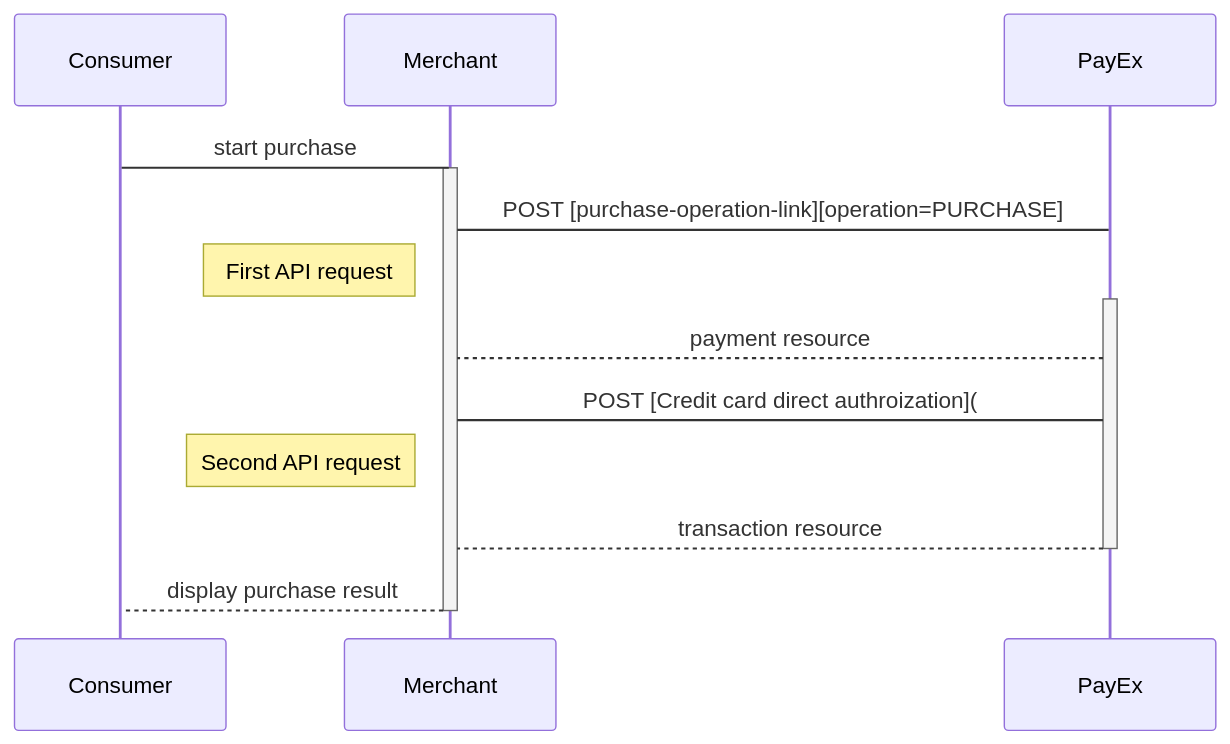
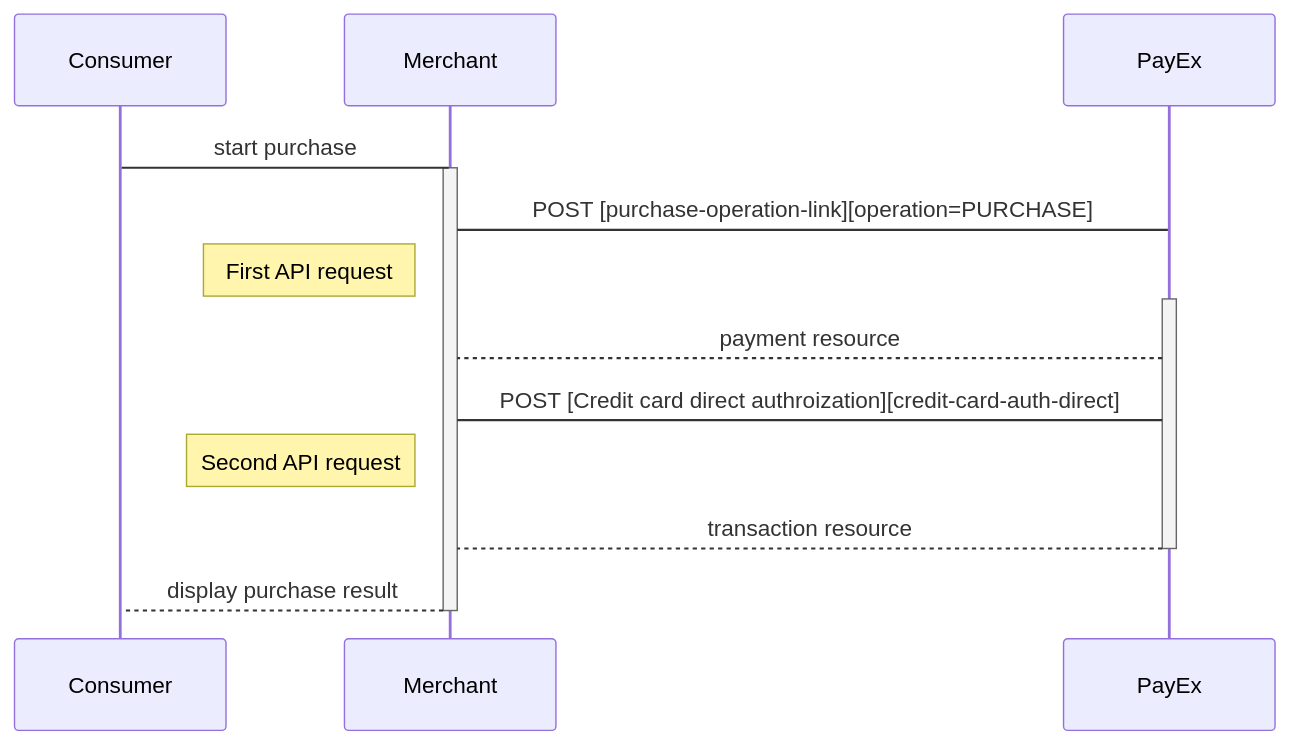
The fifth of 7 diagrams in payments/credit-card/index.md (SwedbankPay/developer.swedbankpay.com), drawn with Mermaid before and after one commit. The commit also changed other lines of this file and 6 other files, not shown here.

Commit message:
dx-119 updated links and diagrams in invoice file

````diff
--- a/payments/credit-card/index.md
+++ b/payments/credit-card/index.md
@@ -347,17 +347,17 @@
 ```mermaid
 sequenceDiagram
   Consumer->Merchant: start purchase
   Activate Merchant
   Merchant->PayEx: POST [purchase-operation-link][operation=PURCHASE]
   note left of Merchant: First API request
   Activate PayEx
   PayEx-->Merchant: payment resource
 
-  Merchant -> PayEx: POST [Credit card direct authroization](#)
+  Merchant -> PayEx: POST [Credit card direct authroization][credit-card-auth-direct]
   note left of Merchant: Second API request
   PayEx --> Merchant: transaction resource
 
   Deactivate PayEx
   Merchant-->Consumer: display purchase result
   Deactivate Merchant
 ```
````
